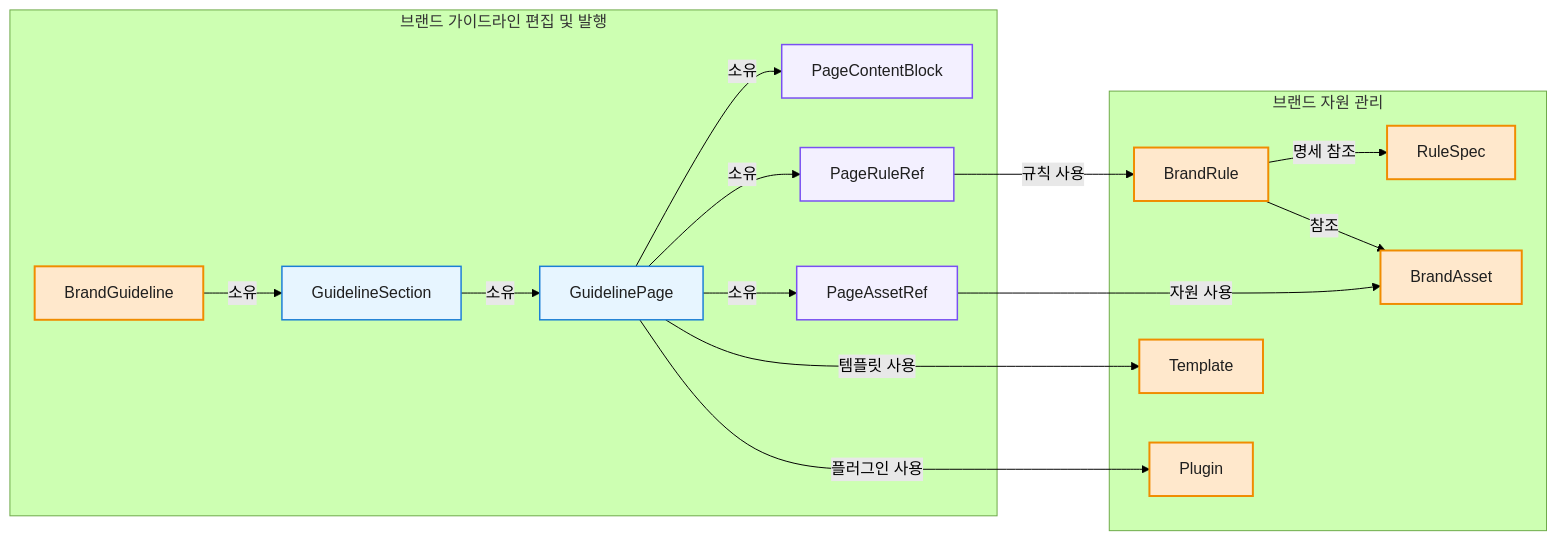
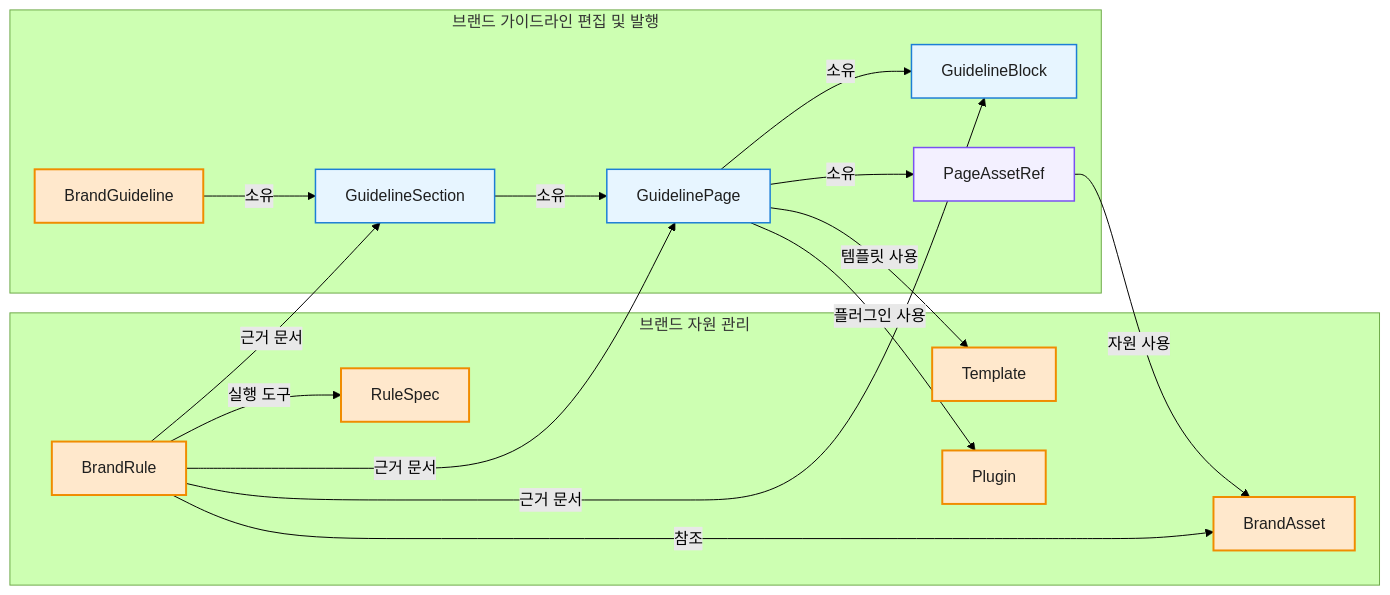
One commit to ewoooo/living-brand-system changed the third of 5 diagrams in docs/04-domain-model.md. Above: the diagram before and after it, drawn with Mermaid (forest theme). The commit also changed other lines of this file and 2 other files, not shown here.

````diff
--- a/docs/04-domain-model.md
+++ b/docs/04-domain-model.md
@@ -260,39 +259,39 @@
 ```mermaid
 flowchart LR
   subgraph Edit["브랜드 가이드라인 편집 및 발행"]
     BrandGuideline["BrandGuideline"]
     Section["GuidelineSection"]
     Page["GuidelinePage"]
-    PageContentBlock["PageContentBlock"]
-    PageRuleRefNode["PageRuleRef"]
+    Block["GuidelineBlock"]
     PageAssetRefNode["PageAssetRef"]
   end
 
   subgraph Resource["브랜드 자원 관리"]
     RuleSpec["RuleSpec"]
     BrandRule["BrandRule"]
     BrandAsset["BrandAsset"]
     Template["Template"]
     Plugin["Plugin"]
   end
 
   BrandGuideline -->|"소유"| Section
   Section -->|"소유"| Page
-  Page -->|"소유"| PageContentBlock
-  Page -->|"소유"| PageRuleRefNode
-  PageRuleRefNode -->|"규칙 사용"| BrandRule
-  BrandRule -->|"명세 참조"| RuleSpec
+  Page -->|"소유"| Block
+  BrandRule -->|"근거 문서"| Section
+  BrandRule -->|"근거 문서"| Page
+  BrandRule -->|"근거 문서"| Block
+  BrandRule -->|"실행 도구"| RuleSpec
   Page -->|"소유"| PageAssetRefNode
   PageAssetRefNode -->|"자원 사용"| BrandAsset
   Page -->|"템플릿 사용"| Template
   Page -->|"플러그인 사용"| Plugin
   BrandRule -->|"참조"| BrandAsset
 
   classDef aggregate fill:#FFE8CC,stroke:#F08C00,stroke-width:2px,color:#1F1F1F;
   classDef entity fill:#E7F5FF,stroke:#1C7ED6,stroke-width:1.5px,color:#1F1F1F;
   classDef childEntity fill:#F3F0FF,stroke:#7950F2,stroke-width:1.5px,color:#1F1F1F;
 
   class BrandGuideline,RuleSpec,BrandRule,BrandAsset,Template,Plugin aggregate;
-  class Section,Page entity;
-  class PageContentBlock,PageRuleRefNode,PageAssetRefNode childEntity;
+  class Section,Page,Block entity;
+  class PageAssetRefNode childEntity;
 ```
````
